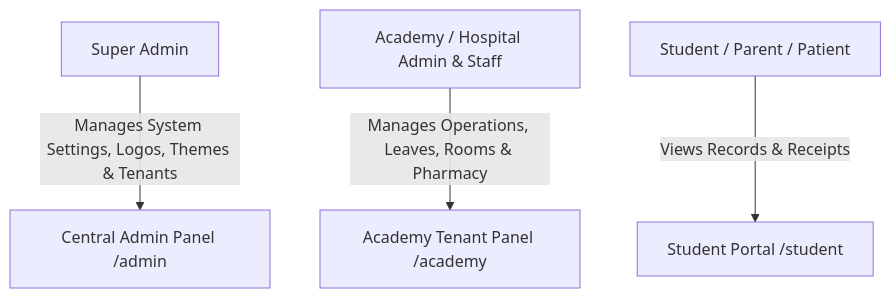
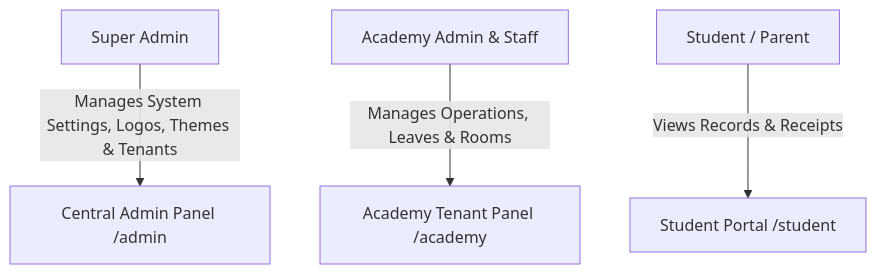
The diagram in README.md (anilvaja/InternationalSportsSolutions), drawn with Mermaid before and after one commit. The commit also changed other lines of this file and 3 other files, not shown here.

````diff
--- a/README.md
+++ b/README.md
@@ -58,6 +52,6 @@
 ```mermaid
 graph TD
     SA[Super Admin] -->|Manages System Settings, Logos, Themes & Tenants| CP[Central Admin Panel /admin]
-    AO[Academy / Hospital Admin & Staff] -->|Manages Operations, Leaves, Rooms & Pharmacy| AP[Academy Tenant Panel /academy]
-    ST[Student / Parent / Patient] -->|Views Records & Receipts| SP[Student Portal /student]
+    AO[Academy Admin & Staff] -->|Manages Operations, Leaves & Rooms| AP[Academy Tenant Panel /academy]
+    ST[Student / Parent] -->|Views Records & Receipts| SP[Student Portal /student]
 ```
````
